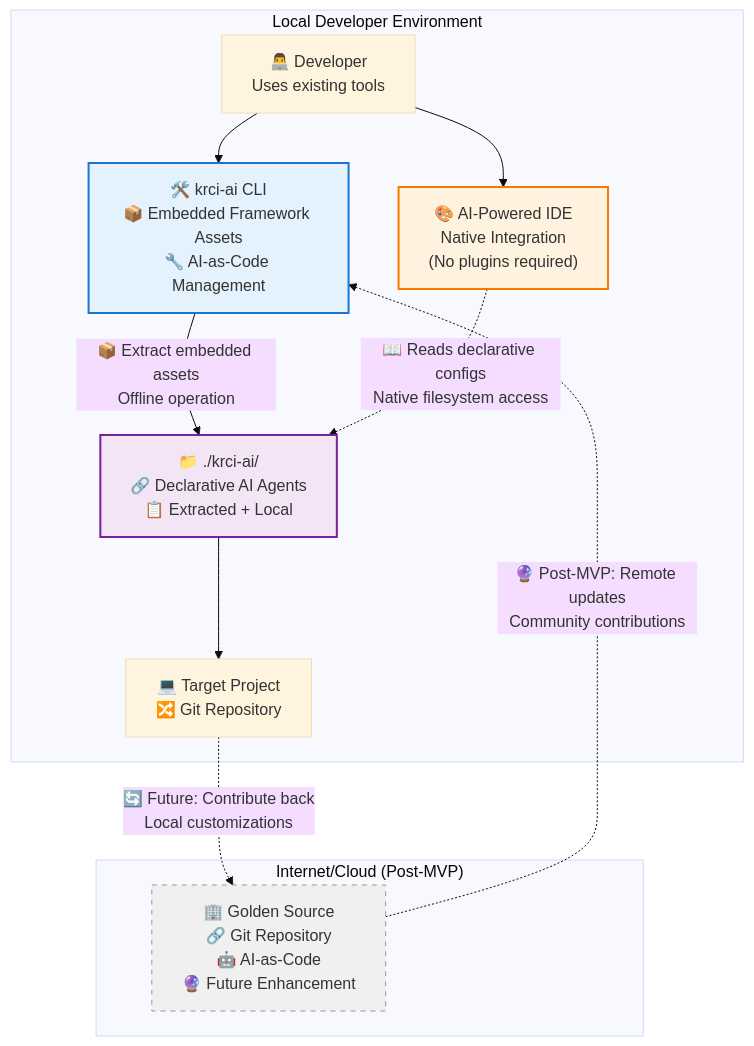
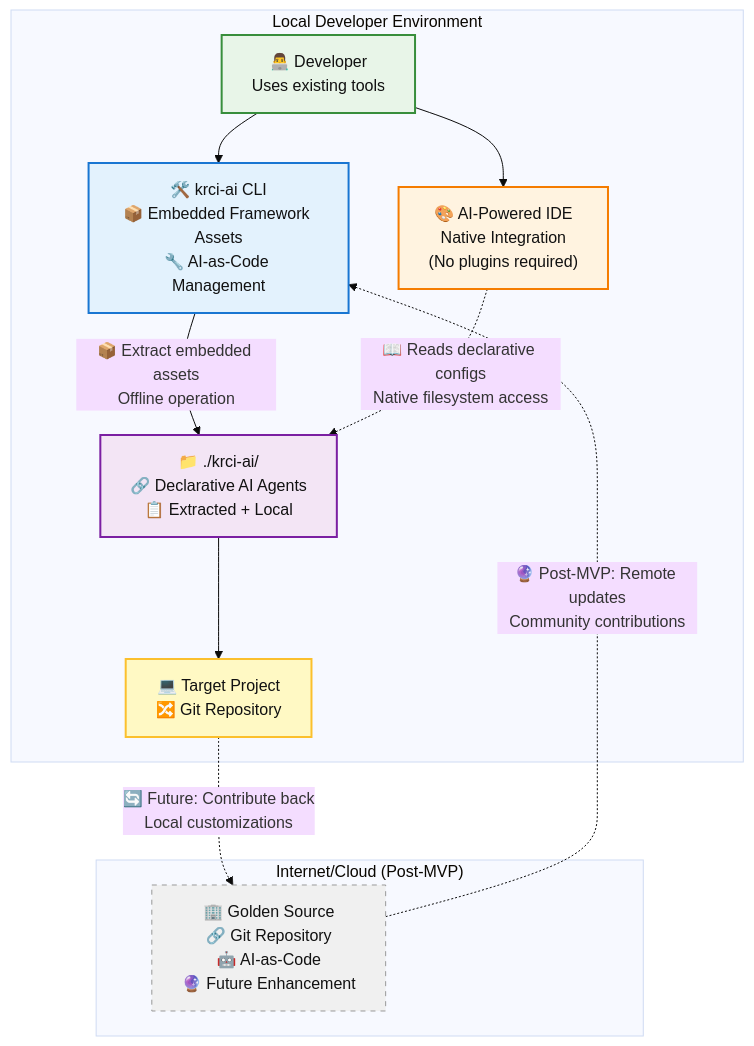
One commit to KubeRocketCI/kuberocketai changed the first of 2 diagrams in docs/architecture/02-high-level-architecture.md. Above: the diagram before and after it, drawn with Mermaid (base theme). The commit also changed other lines of this file and 6 other files, not shown here.

Commit message:
docs: Align mermaid to dark theme

````diff
--- a/docs/architecture/02-high-level-architecture.md
+++ b/docs/architecture/02-high-level-architecture.md
@@ -21,27 +21,29 @@
 ```mermaid
 graph TD
     subgraph "Local Developer Environment"
         Developer["👨‍💻 Developer<br/>Uses existing tools"]
         CLI["🛠️ krci-ai CLI<br/>📦 Embedded Framework Assets<br/>🔧 AI-as-Code Management"]
         IDE["🎨 AI-Powered IDE<br/>Native Integration<br/>(No plugins required)"]
         LocalFramework["📁 ./krci-ai/<br/>🔗 Declarative AI Agents<br/>📋 Extracted + Local"]
         TargetProject["💻 Target Project<br/>🔀 Git Repository"]
     end
 
     subgraph "Internet/Cloud (Post-MVP)"
         GoldenRepo["🏢 Golden Source<br/>🔗 Git Repository<br/>🤖 AI-as-Code<br/>🔮 Future Enhancement"]
     end
 
     Developer --> CLI
     Developer --> IDE
     CLI -->|"📦 Extract embedded assets<br/>Offline operation"| LocalFramework
     IDE -.->|"📖 Reads declarative configs<br/>Native filesystem access"| LocalFramework
     LocalFramework --> TargetProject
     GoldenRepo -.->|"🔮 Post-MVP: Remote updates<br/>Community contributions"| CLI
     TargetProject -.->|"🔄 Future: Contribute back<br/>Local customizations"| GoldenRepo
 
-    style CLI fill:#e3f2fd,stroke:#1976d2,stroke-width:2px
-    style IDE fill:#fff3e0,stroke:#f57c00,stroke-width:2px
-    style GoldenRepo fill:#f0f0f0,stroke:#999999,stroke-width:1px,stroke-dasharray: 5 5
-    style LocalFramework fill:#f3e5f5,stroke:#7b1fa2,stroke-width:2px
+    style Developer fill:#e8f5e8,stroke:#388e3c,stroke-width:2px,color:#111
+    style CLI fill:#e3f2fd,stroke:#1976d2,stroke-width:2px,color:#111
+    style IDE fill:#fff3e0,stroke:#f57c00,stroke-width:2px,color:#111
+    style LocalFramework fill:#f3e5f5,stroke:#7b1fa2,stroke-width:2px,color:#111
+    style TargetProject fill:#fff9c4,stroke:#fbc02d,stroke-width:2px,color:#111
+    style GoldenRepo fill:#f0f0f0,stroke:#999999,stroke-width:1px,stroke-dasharray:5 5,color:#111
 ```
````
